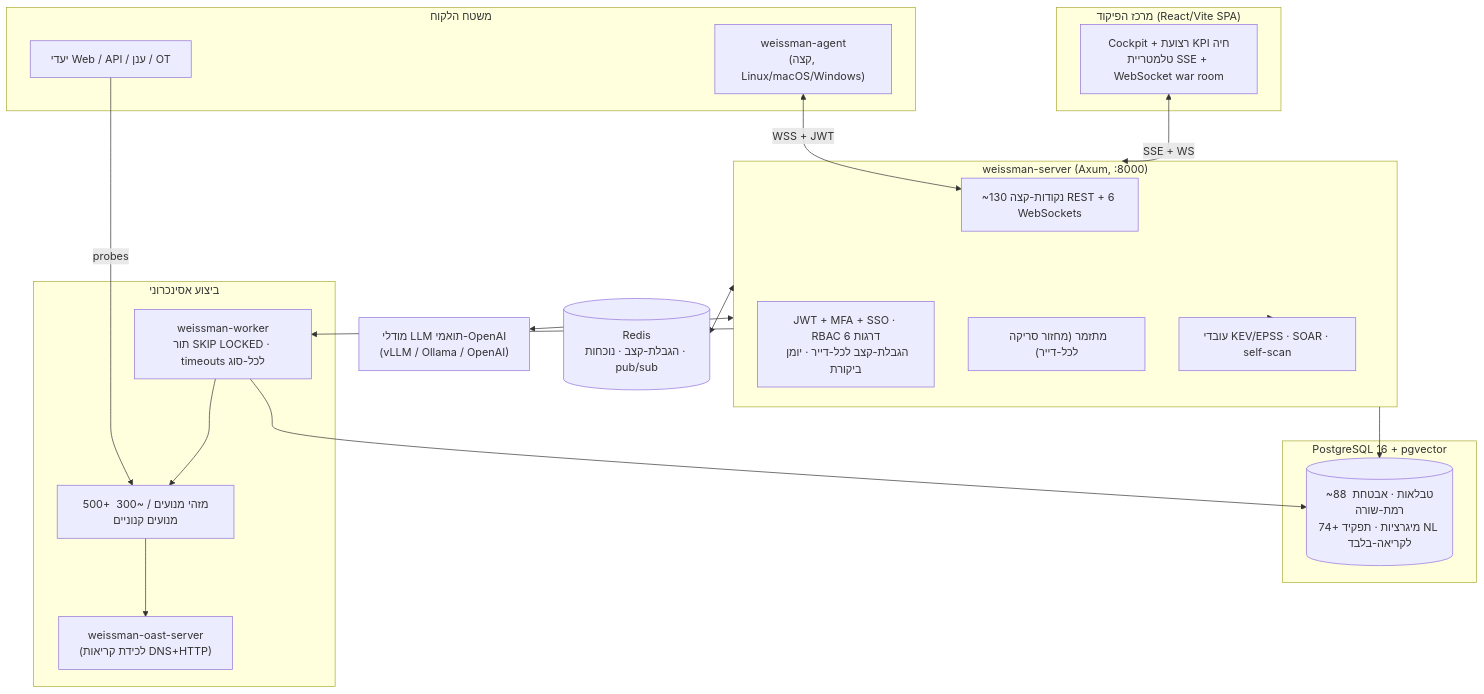
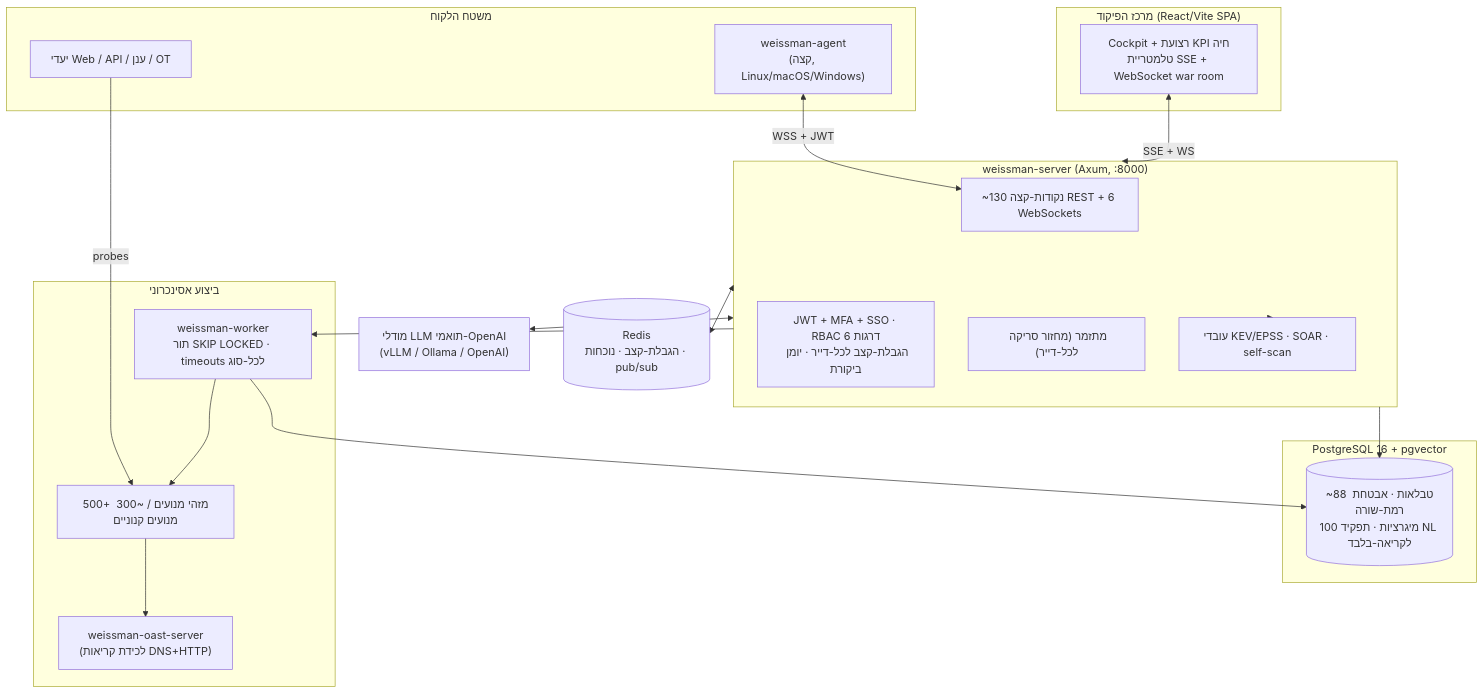
Before and after one commit to israel12132/weissman-cybersecurity: the diagram in Weissman_Cybersecurity_מסמך_טכני_מנהלי_עברית.md, drawn with Mermaid. The commit also changed other lines of this file and 295 other files, not shown here.

````diff
--- a/Weissman_Cybersecurity_מסמך_טכני_מנהלי_עברית.md
+++ b/Weissman_Cybersecurity_מסמך_טכני_מנהלי_עברית.md
@@ -98,43 +98,43 @@
 ```mermaid
 flowchart TB
     subgraph client["משטח הלקוח"]
       WEB["יעדי Web / API / ענן / OT"]
       AGENT["weissman-agent\n(קצה, Linux/macOS/Windows)"]
     end
 
     subgraph ui["מרכז הפיקוד (React/Vite SPA)"]
       COCKPIT["Cockpit + רצועת KPI חיה\nטלמטריית SSE + WebSocket war room"]
     end
 
     subgraph api["weissman-server (Axum, :8000)"]
       ROUTES["~130 נקודות-קצה REST + 6 WebSockets"]
       AUTHZ["JWT + MFA + SSO · RBAC 6 דרגות\nהגבלת-קצב לכל-דייר · יומן ביקורת"]
       ORCH["מתזמר (מחזור סריקה לכל-דייר)"]
       INTEL["עובדי KEV/EPSS · SOAR · self-scan"]
     end
 
     subgraph data["PostgreSQL 16 + pgvector"]
-      DB[("~88 טבלאות · אבטחת רמת-שורה\n74+ מיגרציות · תפקיד NL לקריאה-בלבד")]
+      DB[("~88 טבלאות · אבטחת רמת-שורה\n100 מיגרציות · תפקיד NL לקריאה-בלבד")]
     end
 
     subgraph workers["ביצוע אסינכרוני"]
       WORKER["weissman-worker\nתור SKIP LOCKED · timeouts לכל-סוג"]
       ENGINES["500+ מזהי מנועים / ~300 מנועים קנוניים"]
       OAST["weissman-oast-server\n(לכידת קריאות DNS+HTTP)"]
     end
 
     LLM["מודלי LLM תואמי-OpenAI\n(vLLM / Ollama / OpenAI)"]
     REDIS[("Redis\nהגבלת-קצב · נוכחות · pub/sub")]
 
     COCKPIT <-->|SSE + WS| api
     WEB <-- probes --- ENGINES
     AGENT <-->|WSS + JWT| ROUTES
     api --> DB
     WORKER --> DB
     api --> WORKER
     WORKER --> ENGINES
     ENGINES --> OAST
     api <--> LLM
     api <--> REDIS
     api --> INTEL
 ```
````
